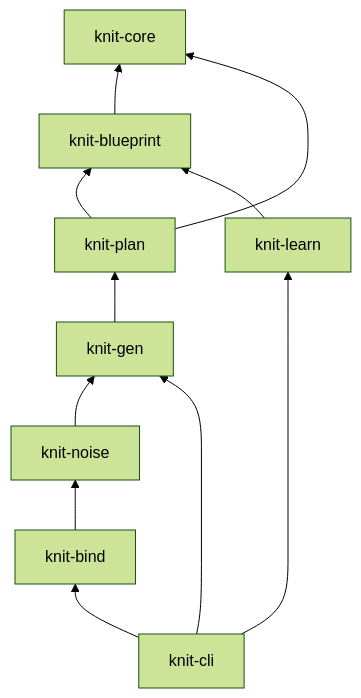
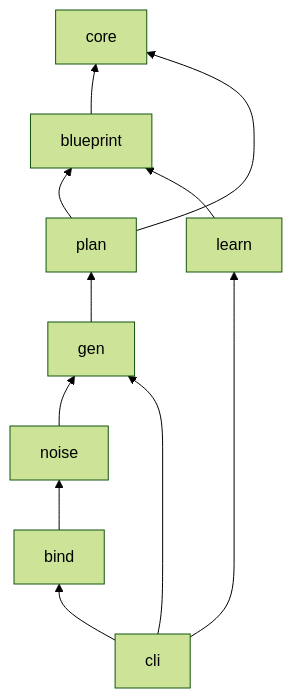
One commit to Yaming-Hub/knit changed the fifth of 9 diagrams in docs/architecture.md. Above: the diagram before and after it, drawn with Mermaid (forest theme). The commit also changed other lines of this file, not shown here.

First line of the commit message:
docs: update architecture.md to reflect single-crate module structure (#293)

````diff
--- a/docs/architecture.md
+++ b/docs/architecture.md
@@ -134,11 +148,11 @@
 ```mermaid
 flowchart BT
-    core[knit-core]
-    blueprint[knit-blueprint] --> core
-    plan[knit-plan] --> core & blueprint
-    gen[knit-gen] --> plan
-    noise[knit-noise] --> gen
-    bind[knit-bind] --> noise
-    learn[knit-learn] --> blueprint
-    cli[knit-cli] --> gen & learn & bind
+    core[core]
+    blueprint[blueprint] --> core
+    plan[plan] --> core & blueprint
+    gen[gen] --> plan
+    noise[noise] --> gen
+    bind[bind] --> noise
+    learn[learn] --> blueprint
+    cli[cli] --> gen & learn & bind
 ```
````
